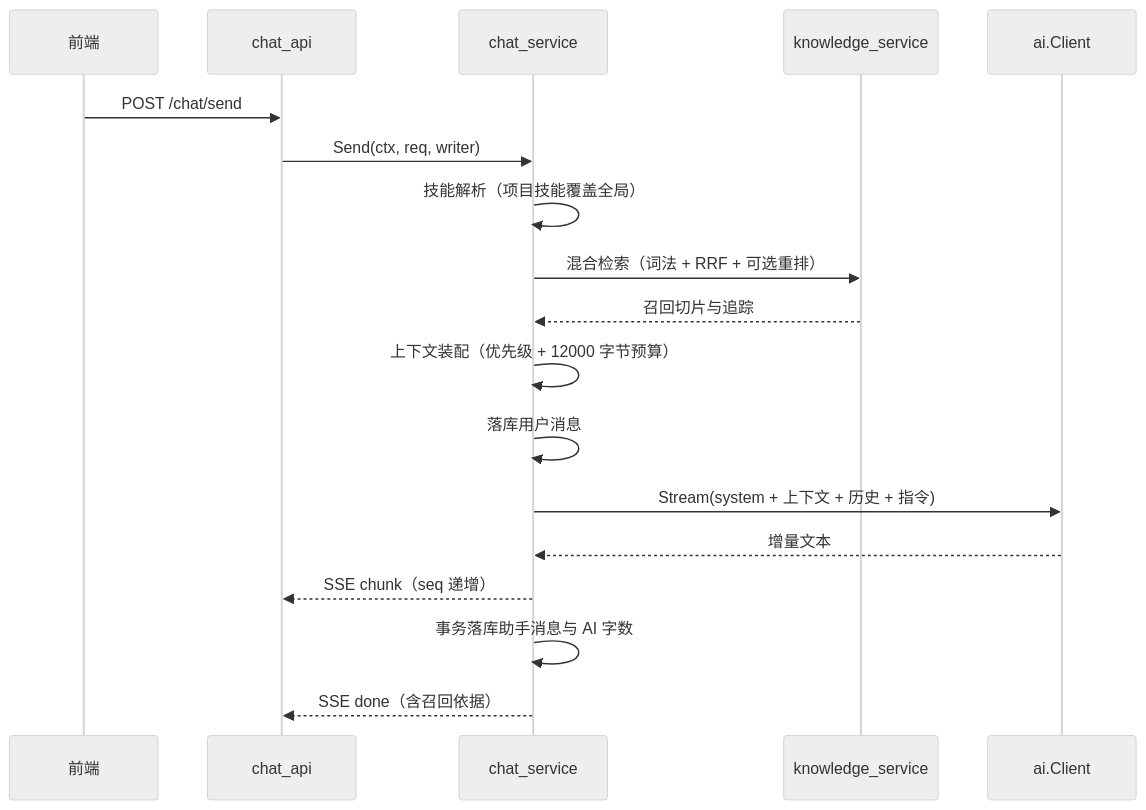
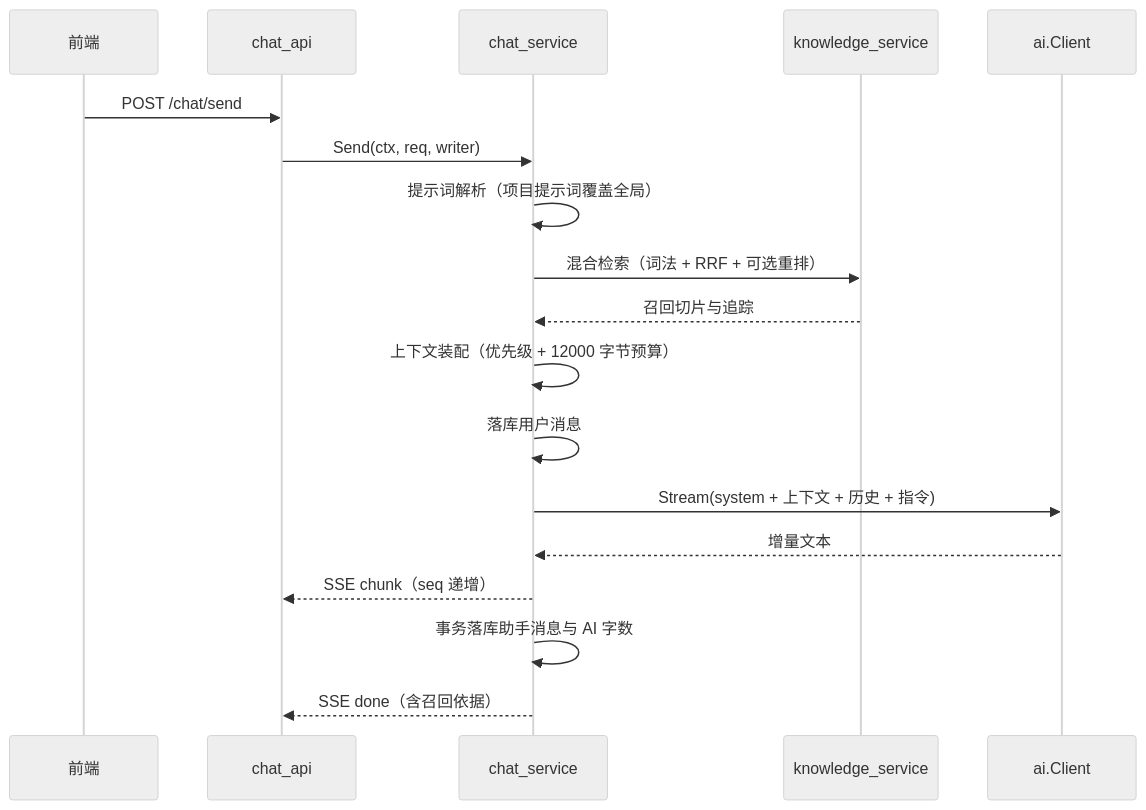
The second of 3 diagrams in doc/architecture.md (2132691342/NovelWorkbench), drawn with Mermaid (neutral theme) before and after one commit. The commit also changed other lines of this file and 71 other files, not shown here.

````diff
--- a/doc/architecture.md
+++ b/doc/architecture.md
@@ -228,20 +226,20 @@
 ```mermaid
 sequenceDiagram
   participant FE as 前端
   participant API as chat_api
   participant SVC as chat_service
   participant RAG as knowledge_service
   participant AI as ai.Client
   FE->>API: POST /chat/send
   API->>SVC: Send(ctx, req, writer)
-  SVC->>SVC: 技能解析（项目技能覆盖全局）
+  SVC->>SVC: 提示词解析（项目提示词覆盖全局）
   SVC->>RAG: 混合检索（词法 + RRF + 可选重排）
   RAG-->>SVC: 召回切片与追踪
   SVC->>SVC: 上下文装配（优先级 + 12000 字节预算）
   SVC->>SVC: 落库用户消息
   SVC->>AI: Stream(system + 上下文 + 历史 + 指令)
   AI-->>SVC: 增量文本
   SVC-->>API: SSE chunk（seq 递增）
   SVC->>SVC: 事务落库助手消息与 AI 字数
   SVC-->>API: SSE done（含召回依据）
 ```
````
